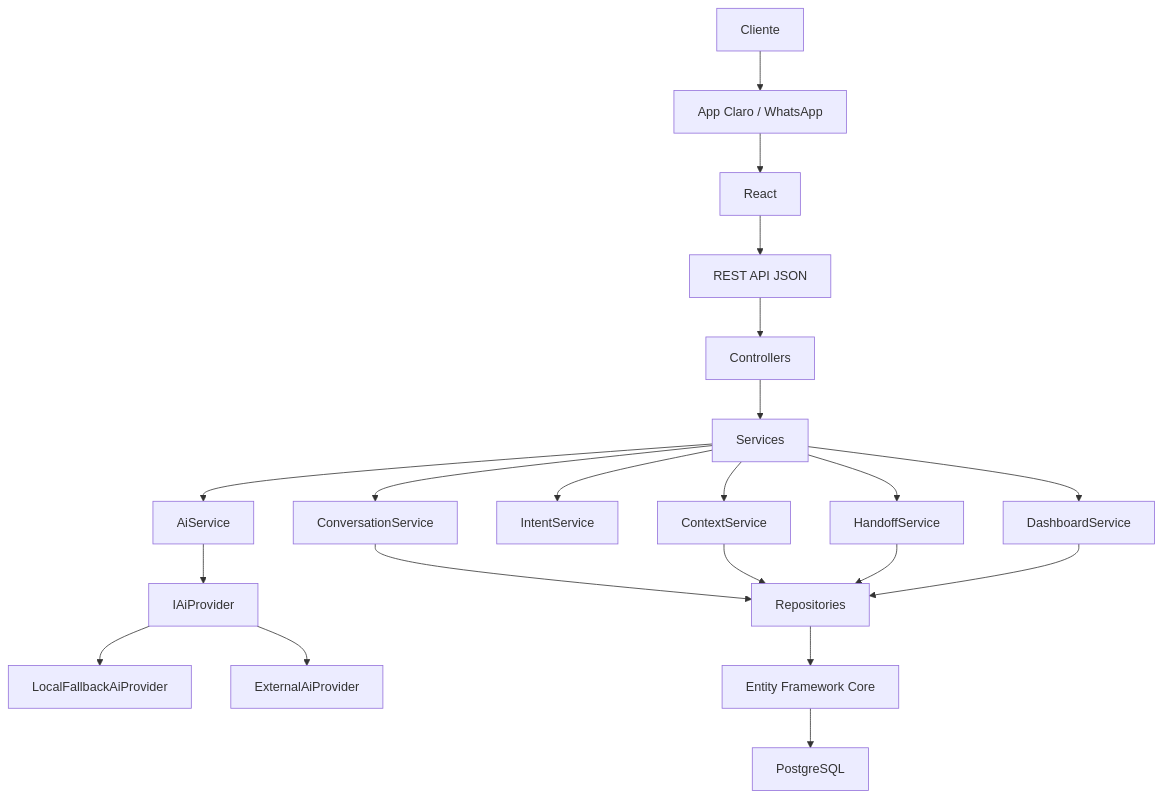
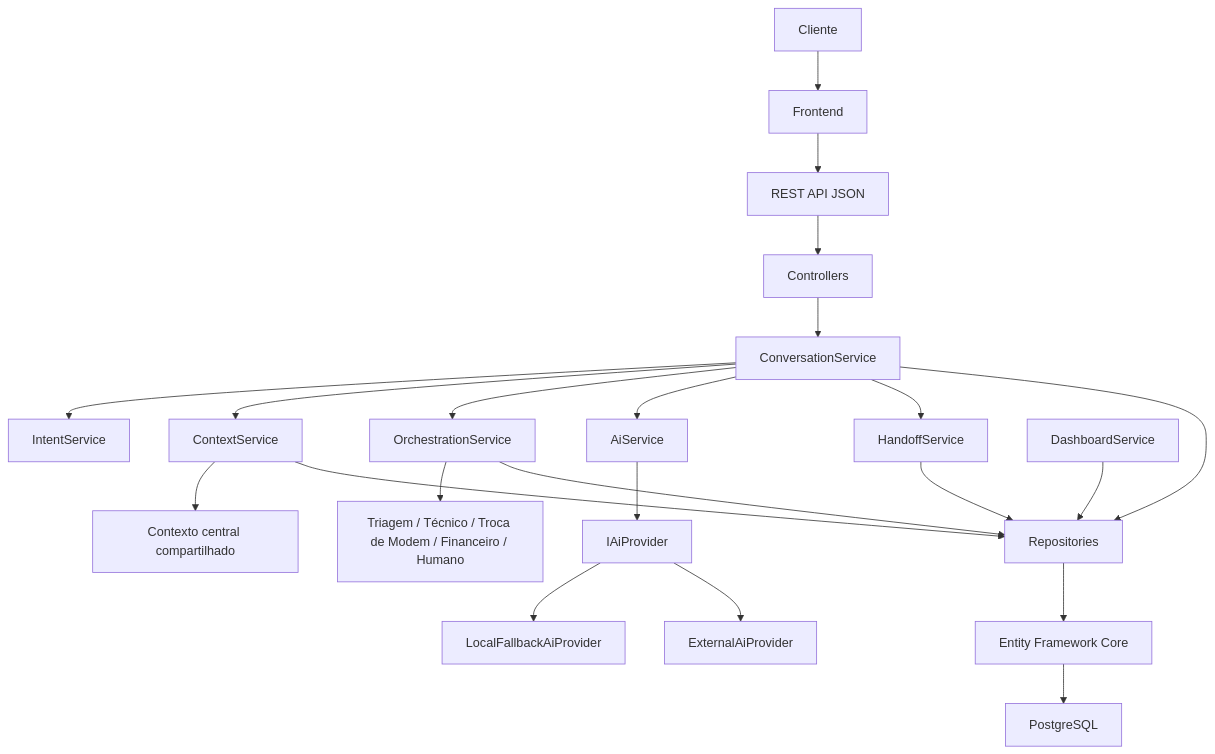
Before and after one commit to 0LOTERIO1/cia-claro: the diagram in docs/ARQUITETURA.md, drawn with Mermaid. The commit also changed other lines of this file and 49 other files, not shown here.

Commit message:
feat: preserve context across Claro service areas

````diff
--- a/docs/ARQUITETURA.md
+++ b/docs/ARQUITETURA.md
@@ -15,23 +13,24 @@
 ```mermaid
 flowchart TD
-    Cliente --> Canal
-    Canal["App Claro / WhatsApp"] --> React
-    React --> API["REST API JSON"]
+    Cliente --> Frontend
+    Frontend --> API["REST API JSON"]
     API --> Controllers
-    Controllers --> Services
-    Services --> ConversationService
-    Services --> ContextService
-    Services --> IntentService
-    Services --> AiService
-    Services --> HandoffService
-    Services --> DashboardService
+    Controllers --> ConversationService
+    ConversationService --> IntentService
+    ConversationService --> ContextService
+    ConversationService --> OrchestrationService
+    OrchestrationService --> Areas["Triagem / Técnico / Troca de Modem / Financeiro / Humano"]
+    ContextService --> Contexto["Contexto central compartilhado"]
+    ConversationService --> AiService
+    ConversationService --> HandoffService
     ConversationService --> Repositories
     ContextService --> Repositories
+    OrchestrationService --> Repositories
     HandoffService --> Repositories
     DashboardService --> Repositories
     AiService --> IAiProvider
     IAiProvider --> LocalFallbackAiProvider
     IAiProvider --> ExternalAiProvider
     Repositories --> EF["Entity Framework Core"]
     EF --> PostgreSQL
 ```
````
